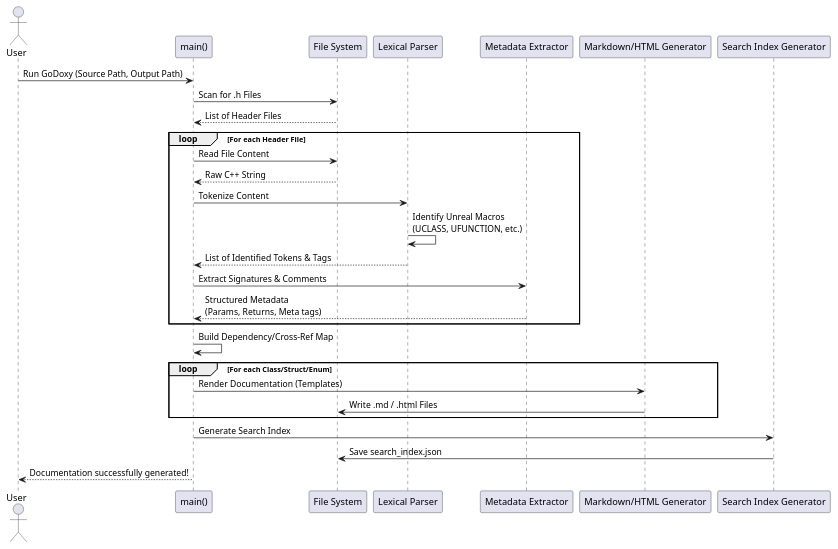
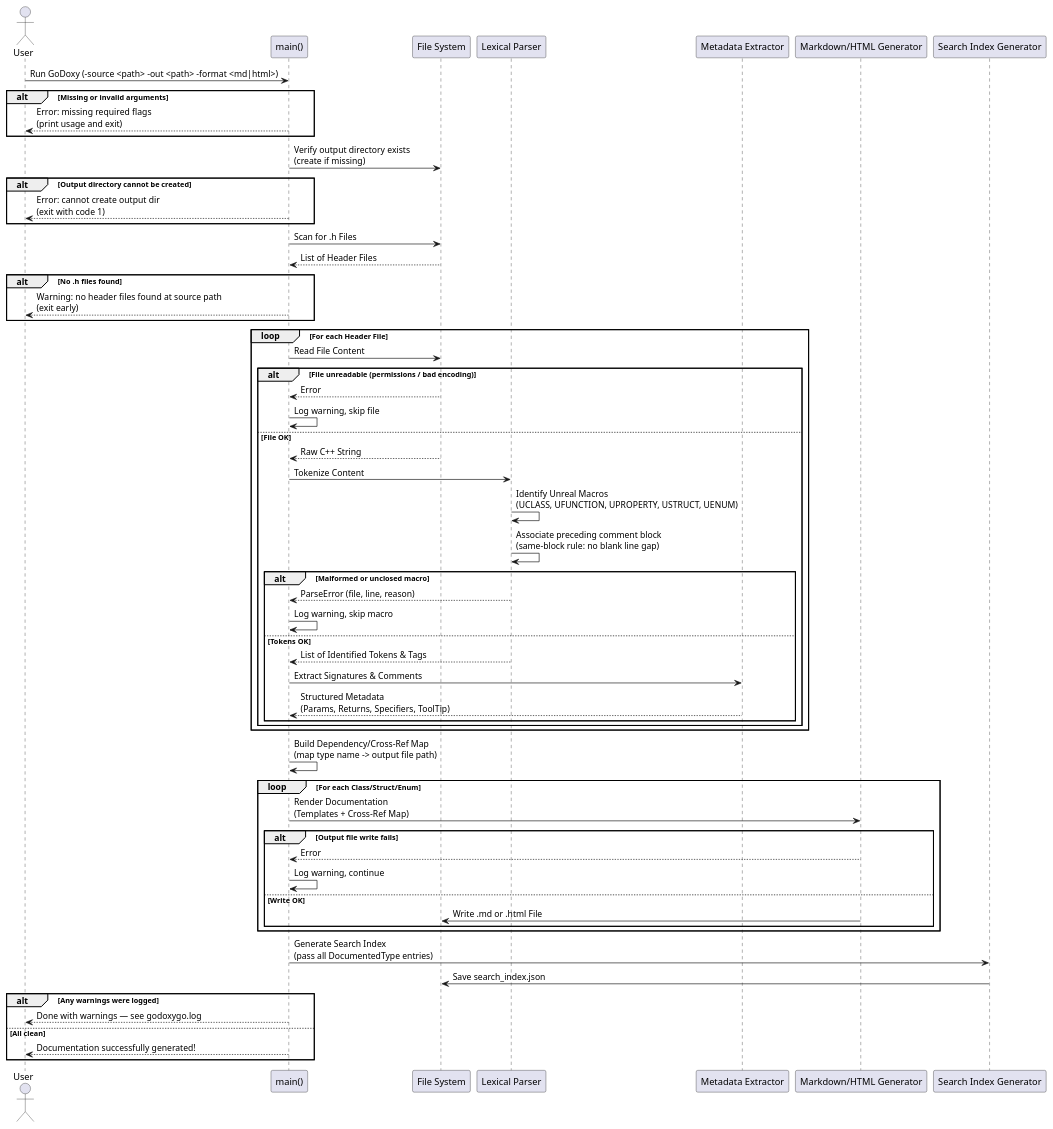
The diagram in DoxygenGo/sequence.puml (DunderGG/go-playground), drawn with PlantUML before and after one commit.

Commit message:
Added more sequence to the sequence diagram

```diff
--- a/DoxygenGo/sequence.puml
+++ b/DoxygenGo/sequence.puml
@@ -1,36 +1,73 @@
 @startuml GoDoxy Flow
 actor User
 participant "main()" as CLI
 participant "File System" as FS
 participant "Lexical Parser" as Parser
 participant "Metadata Extractor" as Meta
 participant "Markdown/HTML Generator" as Generator
 participant "Search Index Generator" as Search
 
-User -> CLI : Run GoDoxy (Source Path, Output Path)
+User -> CLI : Run GoDoxy (-source <path> -out <path> -format <md|html>)
+
+alt Missing or invalid arguments
+    CLI --> User : Error: missing required flags\n(print usage and exit)
+end
+
+CLI -> FS : Verify output directory exists\n(create if missing)
+
+alt Output directory cannot be created
+    CLI --> User : Error: cannot create output dir\n(exit with code 1)
+end
+
 CLI -> FS : Scan for .h Files
 FS --> CLI : List of Header Files
 
+alt No .h files found
+    CLI --> User : Warning: no header files found at source path\n(exit early)
+end
+
 loop For each Header File
     CLI -> FS : Read File Content
-    FS --> CLI : Raw C++ String
-    CLI -> Parser : Tokenize Content
-    Parser -> Parser : Identify Unreal Macros\n(UCLASS, UFUNCTION, etc.)
-    Parser --> CLI : List of Identified Tokens & Tags
-    
-    CLI -> Meta : Extract Signatures & Comments
-    Meta --> CLI : Structured Metadata\n(Params, Returns, Meta tags)
+
+    alt File unreadable (permissions / bad encoding)
+        FS --> CLI : Error
+        CLI -> CLI : Log warning, skip file
+    else File OK
+        FS --> CLI : Raw C++ String
+        CLI -> Parser : Tokenize Content
+        Parser -> Parser : Identify Unreal Macros\n(UCLASS, UFUNCTION, UPROPERTY, USTRUCT, UENUM)
+        Parser -> Parser : Associate preceding comment block\n(same-block rule: no blank line gap)
+
+        alt Malformed or unclosed macro
+            Parser --> CLI : ParseError (file, line, reason)
+            CLI -> CLI : Log warning, skip macro
+        else Tokens OK
+            Parser --> CLI : List of Identified Tokens & Tags
+            CLI -> Meta : Extract Signatures & Comments
+            Meta --> CLI : Structured Metadata\n(Params, Returns, Specifiers, ToolTip)
+        end
+    end
 end
 
-CLI -> CLI : Build Dependency/Cross-Ref Map
+CLI -> CLI : Build Dependency/Cross-Ref Map\n(map type name -> output file path)
 
 loop For each Class/Struct/Enum
-    CLI -> Generator : Render Documentation (Templates)
-    Generator -> FS : Write .md / .html Files
+    CLI -> Generator : Render Documentation\n(Templates + Cross-Ref Map)
+
+    alt Output file write fails
+        Generator --> CLI : Error
+        CLI -> CLI : Log warning, continue
+    else Write OK
+        Generator -> FS : Write .md or .html File
+    end
 end
 
-CLI -> Search : Generate Search Index
+CLI -> Search : Generate Search Index\n(pass all DocumentedType entries)
 Search -> FS : Save search_index.json
 
-CLI --> User : Documentation successfully generated!
+alt Any warnings were logged
+    CLI --> User : Done with warnings — see godoxygo.log
+else All clean
+    CLI --> User : Documentation successfully generated!
+end
 @enduml
```
